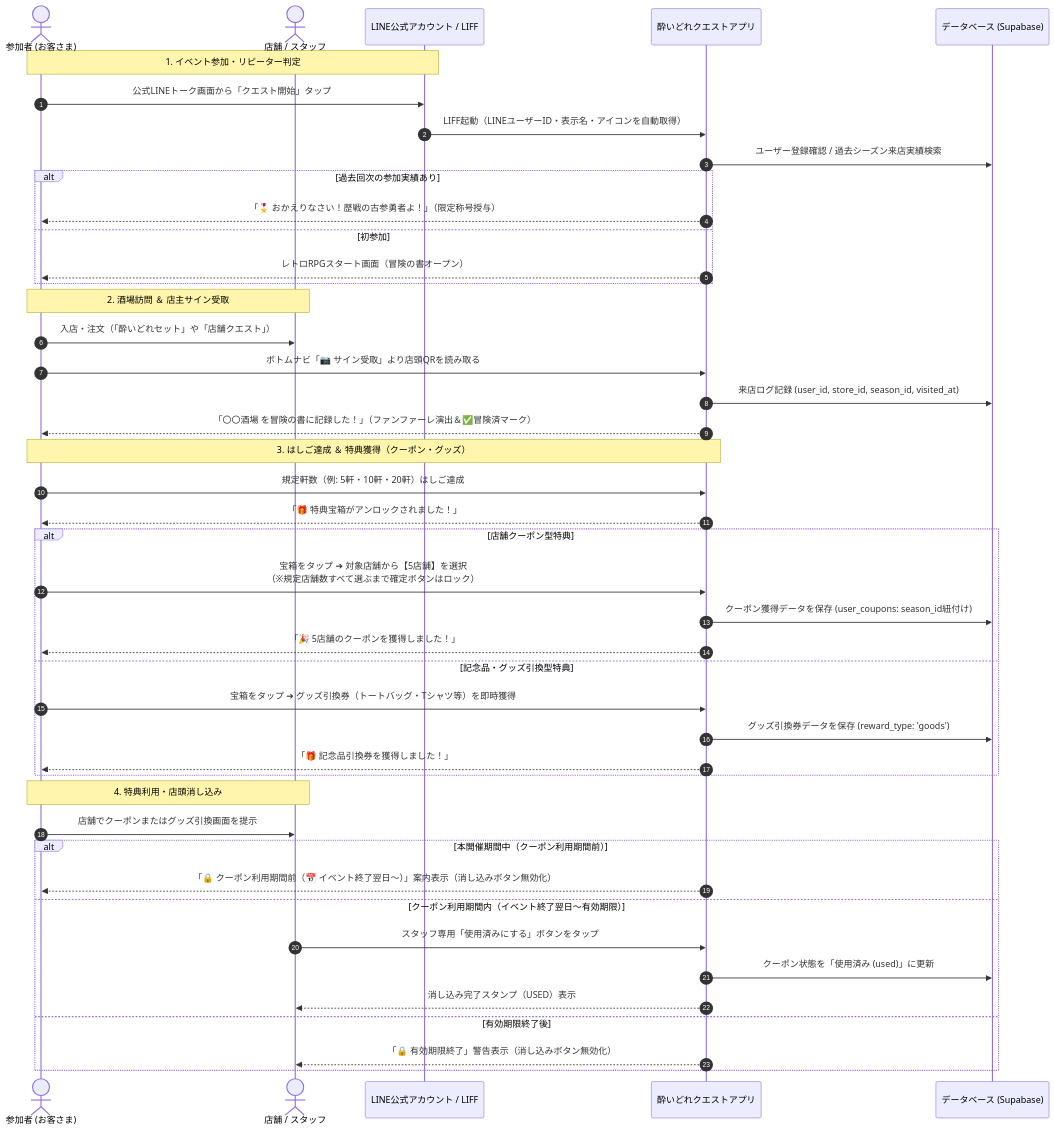
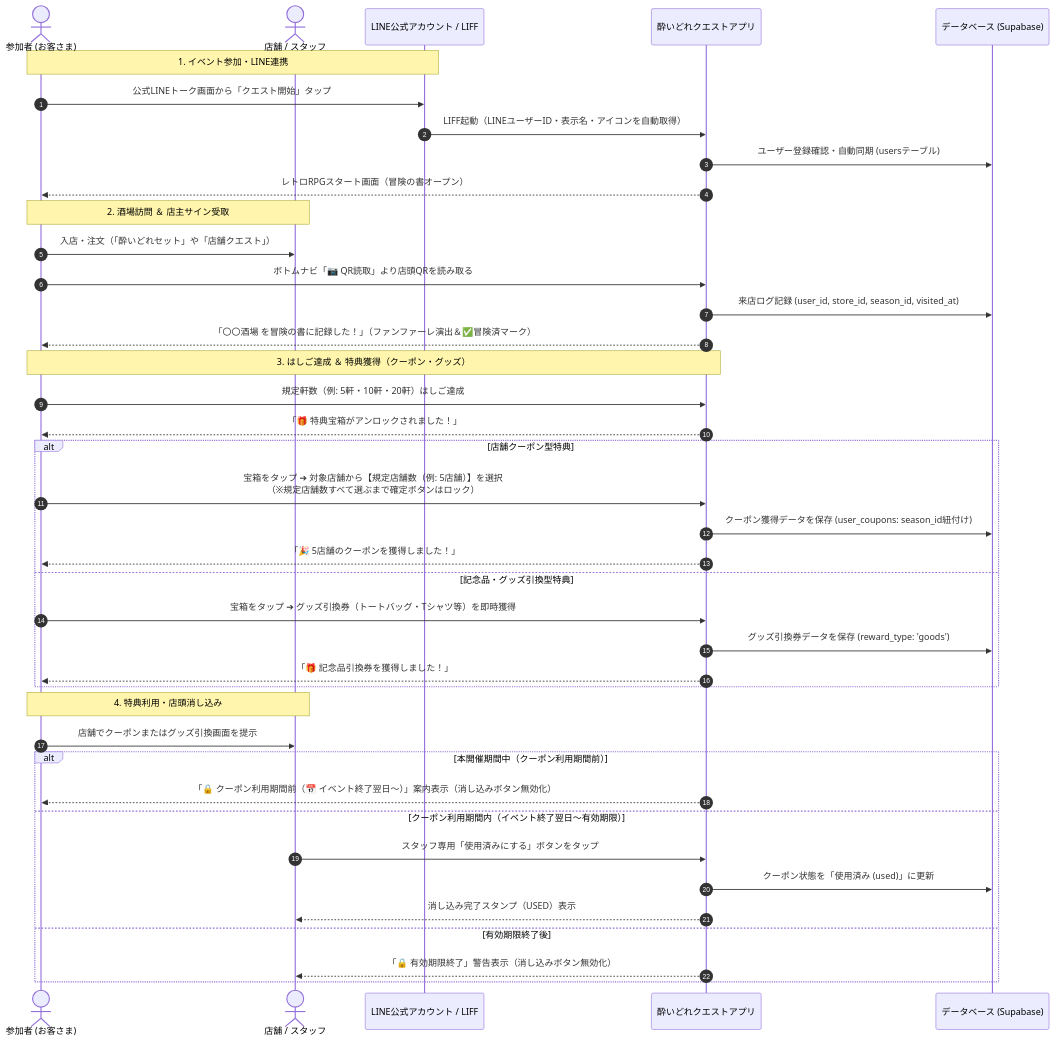
One commit to taishoyoidore-ui/yoidore-quest2 changed the second of 4 diagrams in SPECIFICATION.md. Above: the diagram before and after it, drawn with Mermaid. The commit also changed other lines of this file and 4 other files, not shown here.

````diff
--- a/SPECIFICATION.md
+++ b/SPECIFICATION.md
@@ -68,50 +69,46 @@
 ```mermaid
 sequenceDiagram
     autonumber
     actor User as 参加者 (お客さま)
     actor Shop as 店舗 / スタッフ
     participant LINE as LINE公式アカウント / LIFF
     participant App as 酔いどれクエストアプリ
     participant DB as データベース (Supabase)
 
-    Note over User, LINE: 1. イベント参加・リピーター判定
+    Note over User, LINE: 1. イベント参加・LINE連携
     User->>LINE: 公式LINEトーク画面から「クエスト開始」タップ
     LINE->>App: LIFF起動（LINEユーザーID・表示名・アイコンを自動取得）
-    App->>DB: ユーザー登録確認 / 過去シーズン来店実績検索
-    alt 過去回次の参加実績あり
-        App-->>User: 「🎖️ おかえりなさい！歴戦の古参勇者よ！」（限定称号授与）
-    else 初参加
-        App-->>User: レトロRPGスタート画面（冒険の書オープン）
-    end
+    App->>DB: ユーザー登録確認・自動同期 (usersテーブル)
+    App-->>User: レトロRPGスタート画面（冒険の書オープン）
 
     Note over User, Shop: 2. 酒場訪問 ＆ 店主サイン受取
     User->>Shop: 入店・注文（「酔いどれセット」や「店舗クエスト」）
-    User->>App: ボトムナビ「📷 サイン受取」より店頭QRを読み取る
+    User->>App: ボトムナビ「📷 QR読取」より店頭QRを読み取る
     App->>DB: 来店ログ記録 (user_id, store_id, season_id, visited_at)
     App-->>User: 「〇〇酒場 を冒険の書に記録した！」（ファンファーレ演出＆✅冒険済マーク）
 
     Note over User, App: 3. はしご達成 ＆ 特典獲得（クーポン・グッズ）
     User->>App: 規定軒数（例: 5軒・10軒・20軒）はしご達成
     App-->>User: 「🎁 特典宝箱がアンロックされました！」
     alt 店舗クーポン型特典
-        User->>App: 宝箱をタップ ➔ 対象店舗から【5店舗】を選択<br/>（※規定店舗数すべて選ぶまで確定ボタンはロック）
+        User->>App: 宝箱をタップ ➔ 対象店舗から【規定店舗数（例: 5店舗）】を選択<br/>（※規定店舗数すべて選ぶまで確定ボタンはロック）
         App->>DB: クーポン獲得データを保存 (user_coupons: season_id紐付け)
         App-->>User: 「🎉 5店舗のクーポンを獲得しました！」
     else 記念品・グッズ引換型特典
         User->>App: 宝箱をタップ ➔ グッズ引換券（トートバッグ・Tシャツ等）を即時獲得
         App->>DB: グッズ引換券データを保存 (reward_type: 'goods')
         App-->>User: 「🎁 記念品引換券を獲得しました！」
     end
 
     Note over User, Shop: 4. 特典利用・店頭消し込み
     User->>Shop: 店舗でクーポンまたはグッズ引換画面を提示
     alt 本開催期間中（クーポン利用期間前）
         App-->>User: 「🔒 クーポン利用期間前（📅 イベント終了翌日〜）」案内表示（消し込みボタン無効化）
     else クーポン利用期間内（イベント終了翌日〜有効期限）
         Shop->>App: スタッフ専用「使用済みにする」ボタンをタップ
         App->>DB: クーポン状態を「使用済み (used)」に更新
         App-->>Shop: 消し込み完了スタンプ（USED）表示
     else 有効期限終了後
         App-->>Shop: 「🔒 有効期限終了」警告表示（消し込みボタン無効化）
     end
 ```
````
